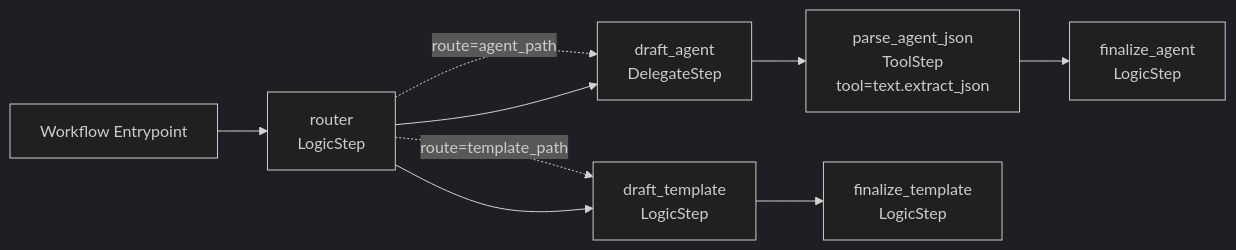
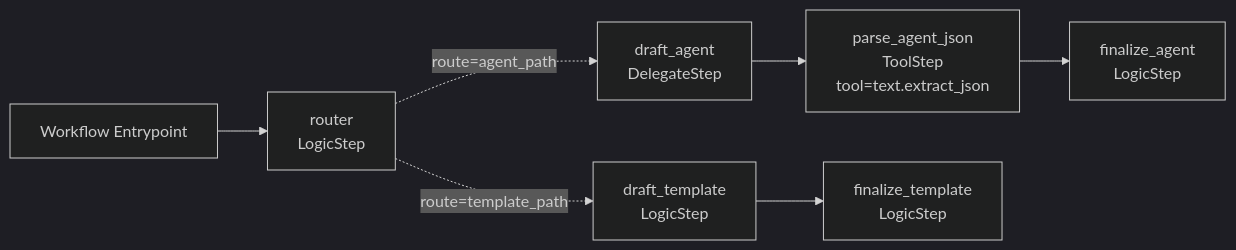
One commit to cmudrc/design-research-agents changed the diagram in docs/examples/workflow/workflow_prompt_mode.rst. Above: the diagram before and after it, drawn with Mermaid (dark theme). The commit also changed 6 other files, not shown here.

Commit message:
Clean up workflow diagram rendering

```diff
--- a/docs/examples/workflow/workflow_prompt_mode.rst
+++ b/docs/examples/workflow/workflow_prompt_mode.rst
@@ -23,18 +23,16 @@
 .. mermaid::
 
    flowchart LR
        workflow_entry["Workflow Entrypoint"]
        step_1["router<br/>LogicStep"]
        step_2["draft_agent<br/>DelegateStep"]
        step_3["parse_agent_json<br/>ToolStep<br/>tool=text.extract_json"]
        step_4["finalize_agent<br/>LogicStep"]
        step_5["draft_template<br/>LogicStep"]
        step_6["finalize_template<br/>LogicStep"]
        workflow_entry --> step_1
        step_1 -. "route=agent_path" .-> step_2
        step_1 -. "route=template_path" .-> step_5
-       step_1 --> step_2
        step_2 --> step_3
        step_3 --> step_4
-       step_1 --> step_5
        step_5 --> step_6
```
